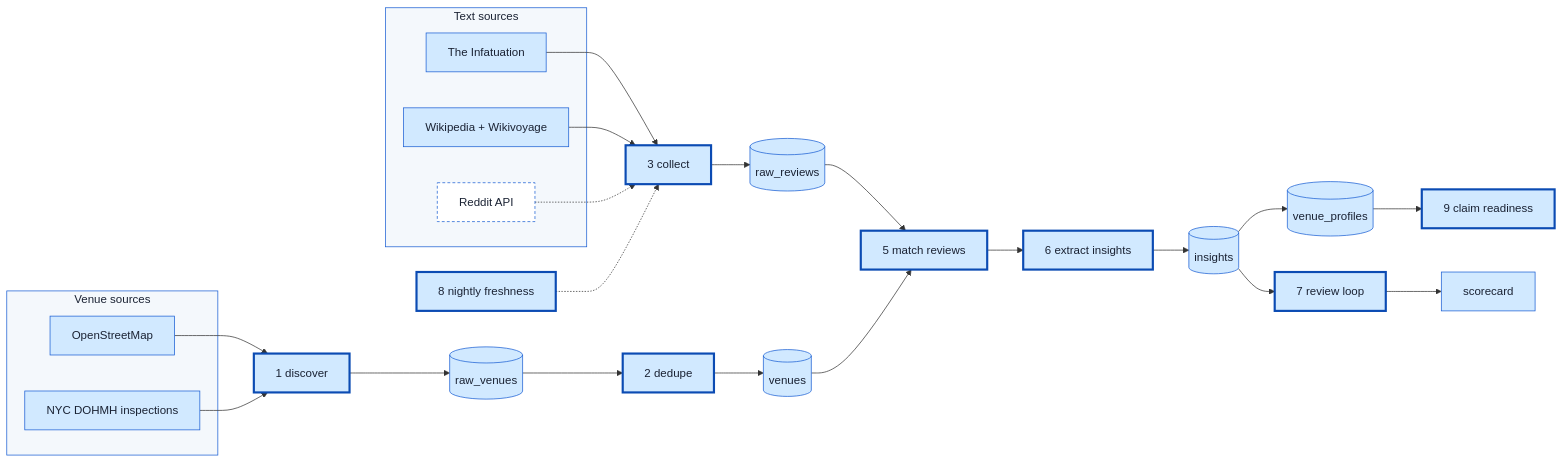
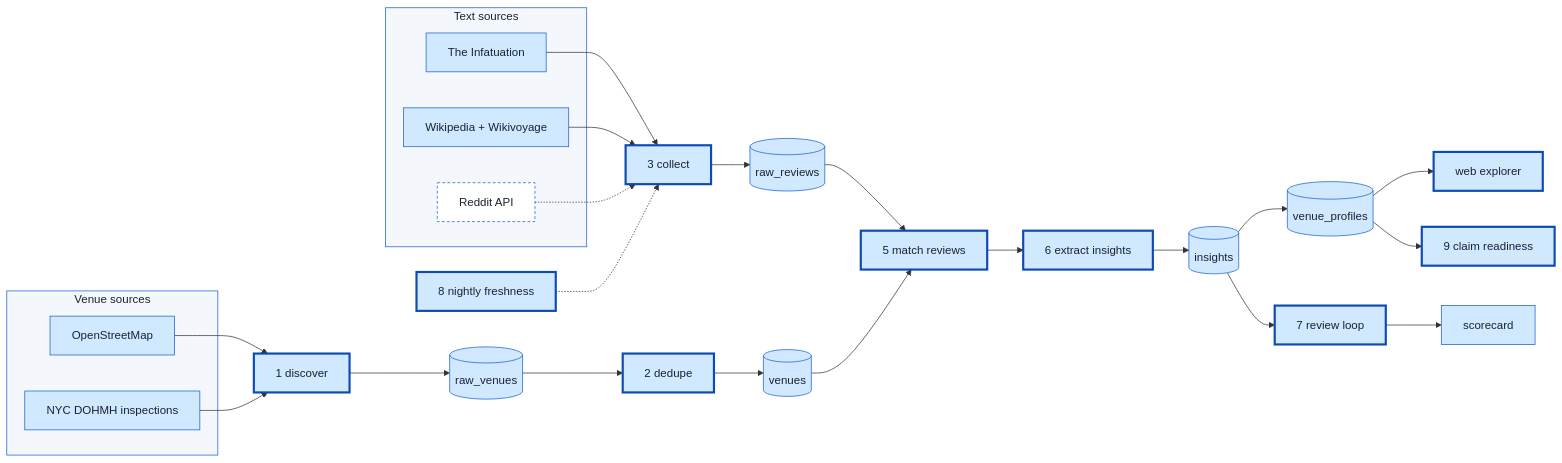
One commit to selwyntarr/reviews-scraping-pipeline changed the diagram in PIPELINE.md. Above: the diagram before and after it, drawn with Mermaid. The commit also changed other lines of this file and 1 other file, not shown here.

Commit message:
docs: describe the web explorer in README and PIPELINE.md

````diff
--- a/PIPELINE.md
+++ b/PIPELINE.md
@@ -12,39 +12,40 @@
 ```mermaid
 flowchart LR
   classDef n fill:#d1e9ff,stroke:#175cd3,color:#1a2233
   classDef done fill:#d1e9ff,stroke:#0b4bb3,stroke-width:3px,color:#1a2233
   classDef todo fill:#ffffff,stroke:#175cd3,stroke-dasharray:4 3,color:#1a2233
 
   subgraph S1[Venue sources]
     OSM[OpenStreetMap]:::n
     DOH[NYC DOHMH inspections]:::n
   end
   subgraph S2[Text sources]
     INF[The Infatuation]:::n
     WP[Wikipedia + Wikivoyage]:::n
     RD[Reddit API]:::todo
   end
 
   OSM --> D1[1 discover]:::done
   DOH --> D1
   D1 --> RV[(raw_venues)]:::n
   RV --> D2[2 dedupe]:::done
   D2 --> V[(venues)]:::n
 
   INF --> D3[3 collect]:::done
   WP --> D3
   RD -.-> D3
   D3 --> RR[(raw_reviews)]:::n
 
   RR --> D4[5 match reviews]:::done
   V --> D4
   D4 --> D6[6 extract insights]:::done
   D6 --> I[(insights)]:::n
   I --> VP[(venue_profiles)]:::n
+  VP --> WEB[web explorer]:::done
   I --> D7[7 review loop]:::done
   D7 --> SC[scorecard]:::n
   VP --> D9[9 claim readiness]:::done
   D8[8 nightly freshness]:::done -.-> D3
   style S1 fill:#f4f8fc,stroke:#175cd3,color:#1a2233
   style S2 fill:#f4f8fc,stroke:#175cd3,color:#1a2233
 ```
````
